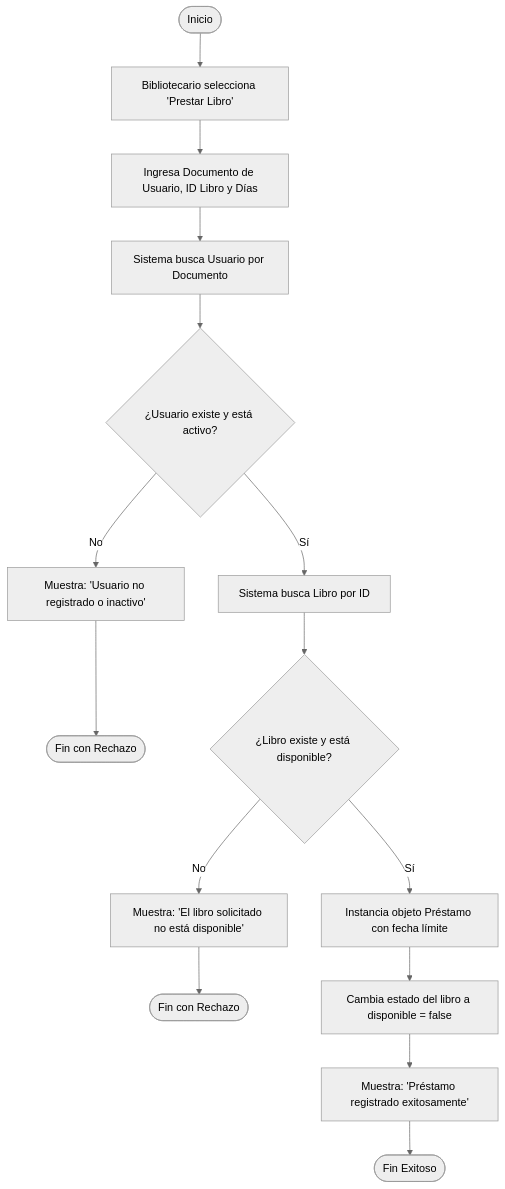
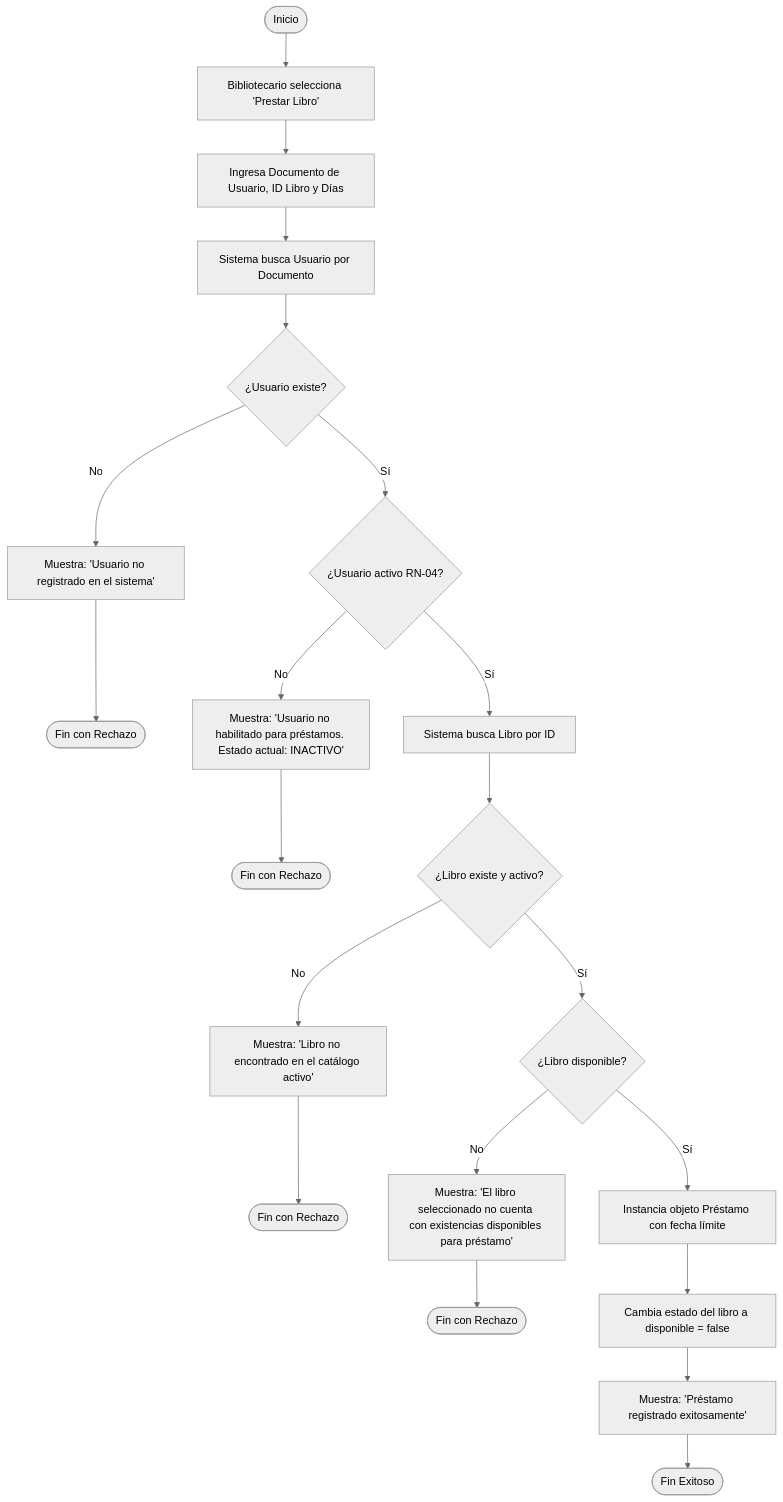
One commit to JuacHomeroC12/Gestion-de-biblioteca-virtual- changed the seventh of 8 diagrams in docs/fase3_diseno_uml.md. Above: the diagram before and after it, drawn with Mermaid (neutral theme). The commit also changed other lines of this file and 1 other file, not shown here.

Commit message:
docs(fases2-3): homogeneizar mensajes de validacion y documentar categorias como datos maestros
- Documentar restriccion RS-05 para catalogo maestro pre-sembrado de categorias.

- Desglosar excepciones de usuario no registrado vs usuario inactivo en RF-05.

- Actualizar diagrama de flujo de prestamo en UML con validaciones atomicas.

````diff
--- a/docs/fase3_diseno_uml.md
+++ b/docs/fase3_diseno_uml.md
@@ -387,21 +387,28 @@
 ```mermaid
 flowchart TD
     Inicio([Inicio]) --> SelecPrestar[Bibliotecario selecciona 'Prestar Libro']
     SelecPrestar --> IngresaPrestamo[Ingresa Documento de Usuario, ID Libro y Días]
     IngresaPrestamo --> BuscaUsuario[Sistema busca Usuario por Documento]
     
-    BuscaUsuario --> ValUsuario{¿Usuario existe y está activo?}
-    ValUsuario -- No --> ErrUsuario[Muestra: 'Usuario no registrado o inactivo']
-    ErrUsuario --> FinErr1([Fin con Rechazo])
+    BuscaUsuario --> ValExisteU{¿Usuario existe?}
+    ValExisteU -- No --> ErrNoReg[Muestra: 'Usuario no registrado en el sistema']
+    ErrNoReg --> FinErr1([Fin con Rechazo])
     
-    ValUsuario -- Sí --> BuscaLibro[Sistema busca Libro por ID]
-    BuscaLibro --> ValLibro{¿Libro existe y está disponible?}
+    ValExisteU -- Sí --> ValActivoU{¿Usuario activo RN-04?}
+    ValActivoU -- No --> ErrInactivo[Muestra: 'Usuario no habilitado para préstamos. Estado actual: INACTIVO']
+    ErrInactivo --> FinErr2([Fin con Rechazo])
     
-    ValLibro -- No --> ErrLibro[Muestra: 'El libro solicitado no está disponible']
-    ErrLibro --> FinErr2([Fin con Rechazo])
+    ValActivoU -- Sí --> BuscaLibro[Sistema busca Libro por ID]
+    BuscaLibro --> ValExisteL{¿Libro existe y activo?}
+    ValExisteL -- No --> ErrNoLibro[Muestra: 'Libro no encontrado en el catálogo activo']
+    ErrNoLibro --> FinErr3([Fin con Rechazo])
     
-    ValLibro -- Sí --> GenPrestamo[Instancia objeto Préstamo con fecha límite]
+    ValExisteL -- Sí --> ValDispL{¿Libro disponible?}
+    ValDispL -- No --> ErrNoDisp[Muestra: 'El libro seleccionado no cuenta con existencias disponibles para préstamo']
+    ErrNoDisp --> FinErr4([Fin con Rechazo])
+    
+    ValDispL -- Sí --> GenPrestamo[Instancia objeto Préstamo con fecha límite]
     GenPrestamo --> CambiaEstado[Cambia estado del libro a disponible = false]
     CambiaEstado --> Confirma[Muestra: 'Préstamo registrado exitosamente']
     Confirma --> Fin([Fin Exitoso])
 ```
````
